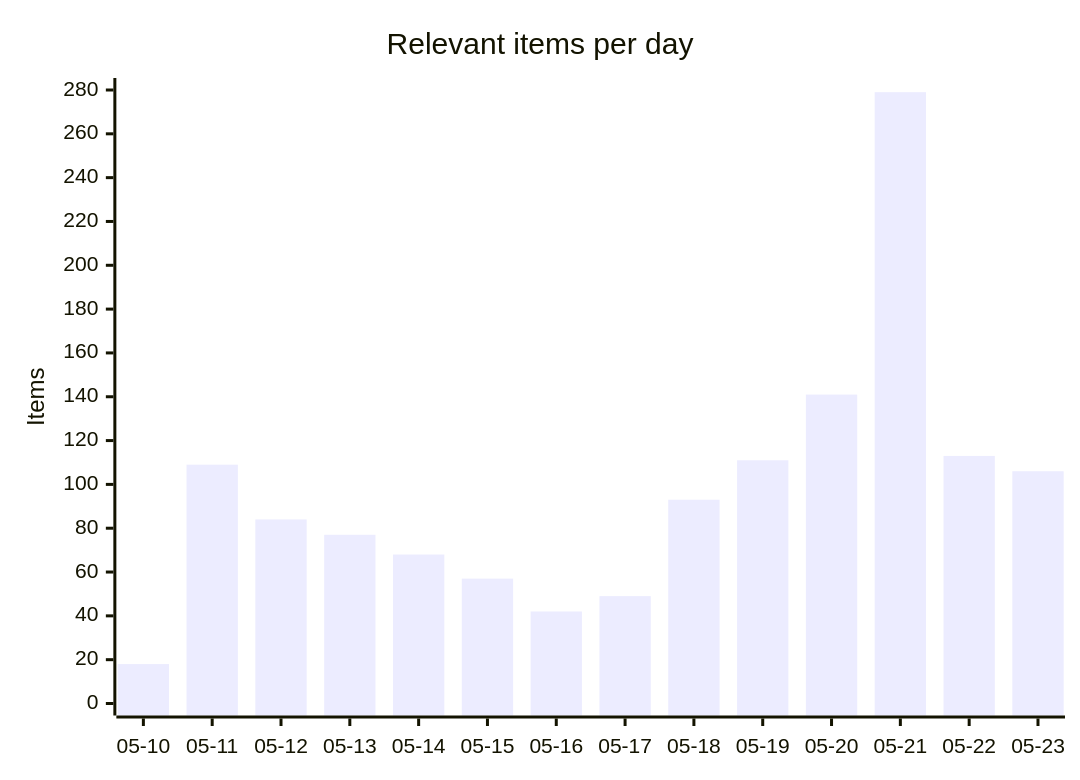
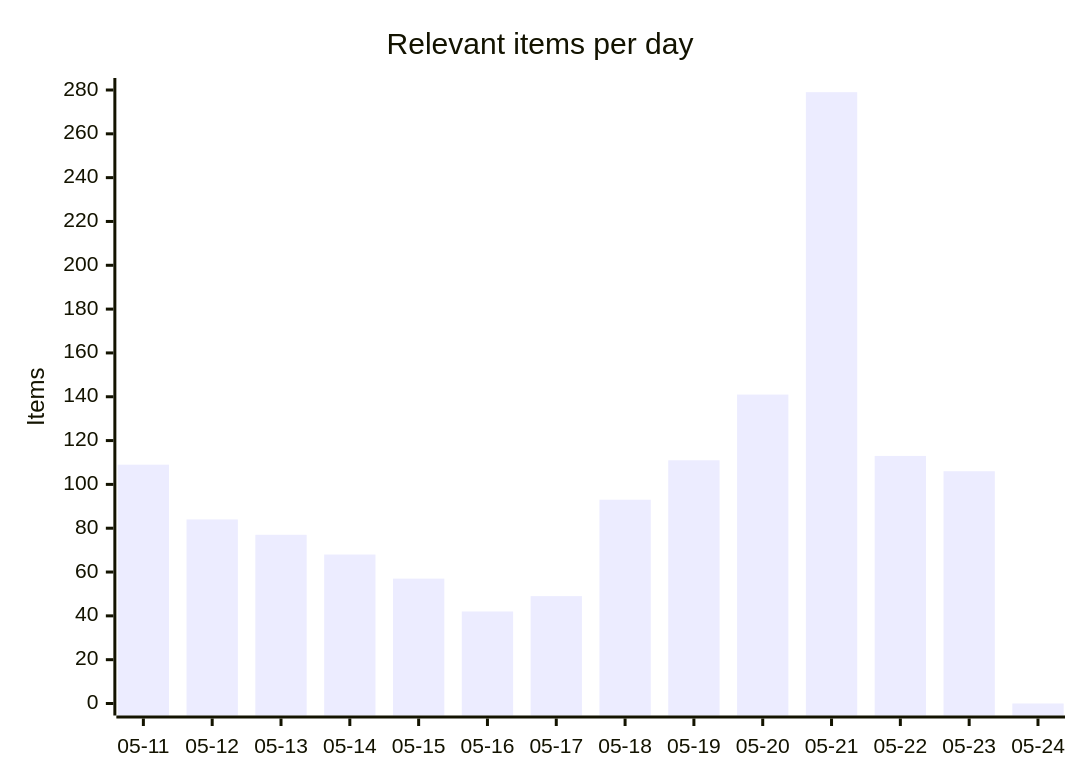
Before and after one commit to martinbalfanz/social-scanner-reports: the first of 4 diagrams in README.md, drawn with Mermaid. The commit also changed other lines of this file and 5 other files, not shown here.

````diff
--- a/README.md
+++ b/README.md
@@ -30,7 +30,7 @@
 ```mermaid
 xychart-beta
     title "Relevant items per day"
-    x-axis ["05-10", "05-11", "05-12", "05-13", "05-14", "05-15", "05-16", "05-17", "05-18", "05-19", "05-20", "05-21", "05-22", "05-23"]
+    x-axis ["05-11", "05-12", "05-13", "05-14", "05-15", "05-16", "05-17", "05-18", "05-19", "05-20", "05-21", "05-22", "05-23", "05-24"]
     y-axis "Items" 0 --> 280
-    bar [18, 109, 84, 77, 68, 57, 42, 49, 93, 111, 141, 279, 113, 106]
+    bar [109, 84, 77, 68, 57, 42, 49, 93, 111, 141, 279, 113, 106, 0]
 ```
````
